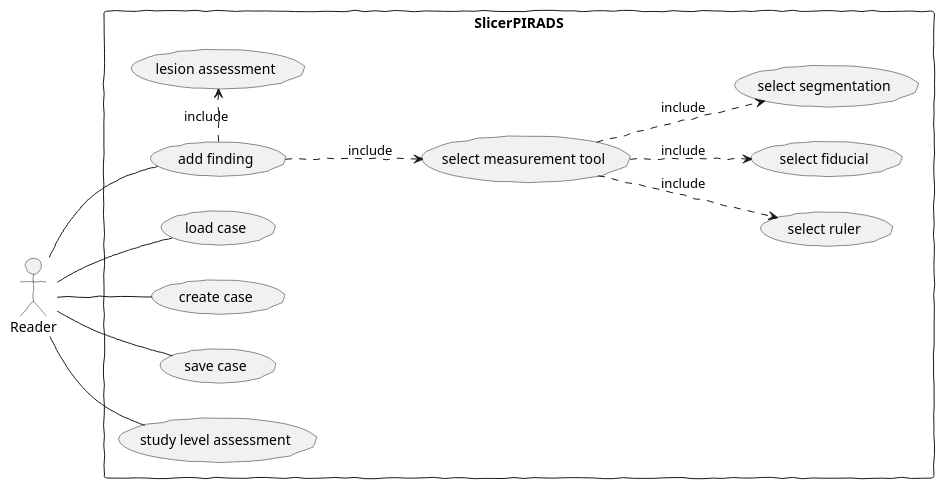
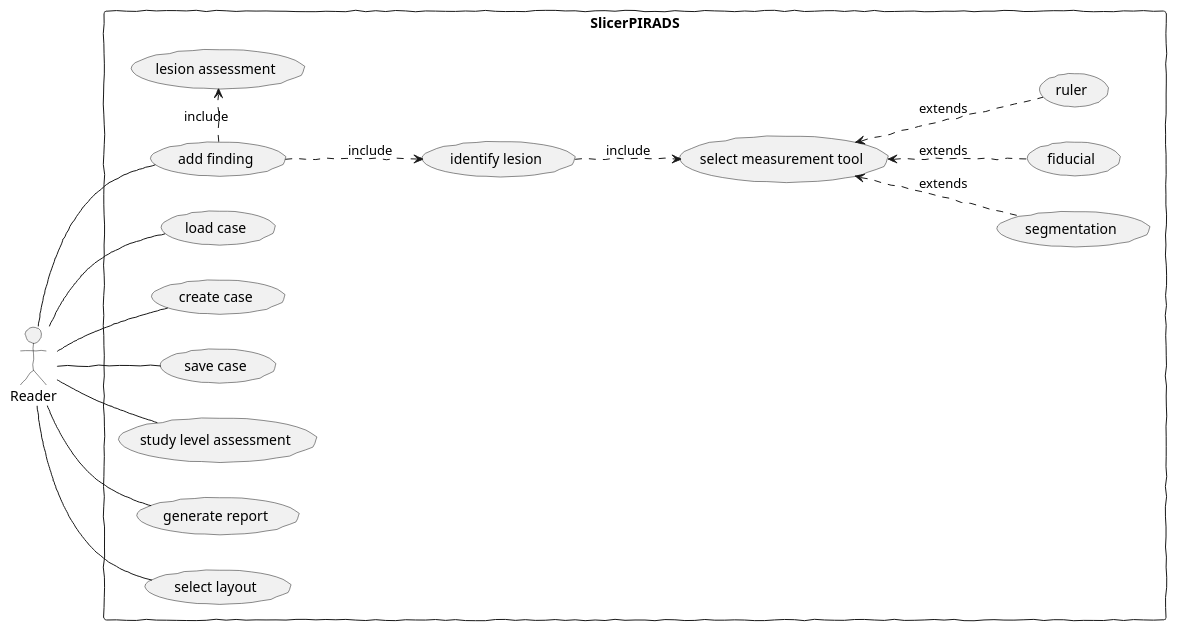
The diagram in Documentation/UseCases.puml (QIICR/SlicerPIRADS), drawn with PlantUML before and after one commit. The commit also changed 4 other files, not shown here.

```diff
--- a/Documentation/UseCases.puml
+++ b/Documentation/UseCases.puml
@@ -1,46 +1,46 @@
 @startuml
 
 skinparam monochrome true
 skinparam handwritten true
 left to right direction
 
 actor Reader
 
 rectangle SlicerPIRADS {
 (load case)
 (create case)
 (save case)
 (load case)
 (study level assessment)
 (add finding)
 (lesion assessment)
 (select measurement tool)
-(select ruler)
-(select fiducial)
-(select segmentation)
+(segmentation)
+(fiducial)
+(ruler)
+(identify lesion)
+(generate report)
+(select layout)
 }
 
+' regarding layouts
+' sometimes not all sequences are available
+' define rules when which layout should be available
+
 (add finding) .> (lesion assessment) : include
-(add finding) ..> (select measurement tool) : include
-(select measurement tool) ..> (select ruler) : include
-(select measurement tool) ..> (select fiducial) : include
-(select measurement tool) ..> (select segmentation) : include
+(add finding) ..> (identify lesion) : include
+(identify lesion) ..> (select measurement tool) : include
+(select measurement tool) <.. (ruler) : extends
+(select measurement tool) <.. (fiducial) : extends
+(select measurement tool) <.. (segmentation) : extends
 
 
 Reader -- (create case)
 Reader -- (save case)
 Reader -- (load case)
 Reader -- (study level assessment)
 Reader -- (add finding)
+Reader -- (generate report)
+Reader -- (select layout)
 
-'note right of Admin : This is an example.
-
-'note right of (Use)
-'A note can also
-'be on several lines
-'end note
-
-'note "This note is connected\nto several objects." as N2
-'(Start) .. N2
-'N2 .. (Use)
 @enduml
```
